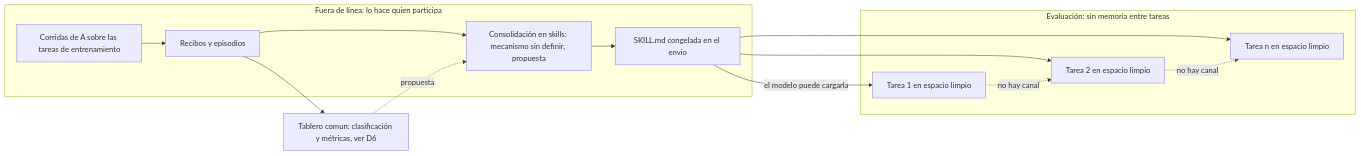
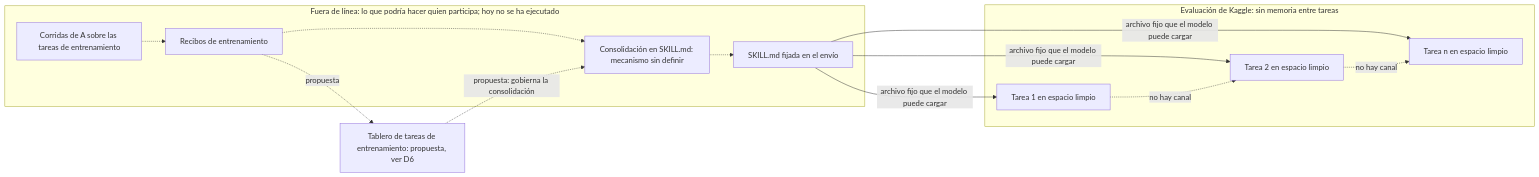
Before and after one commit to cherrera0001/Agents_Learning_Loops: the second of 6 diagrams in experiments/gemma_developer_agent/README.md, drawn with Mermaid. The commit also changed other lines of this file and 5 other files, not shown here.

````diff
--- a/experiments/gemma_developer_agent/README.md
+++ b/experiments/gemma_developer_agent/README.md
@@ -323,23 +383,23 @@
 ```mermaid
 flowchart LR
-    subgraph FL["Fuera de línea: lo hace quien participa"]
+    subgraph FL["Fuera de línea: lo que podría hacer quien participa; hoy no se ha ejecutado"]
         E1["Corridas de A sobre las tareas de entrenamiento"]
-        E2["Recibos y episodios"]
-        E3["Consolidación en skills: mecanismo sin definir, propuesta"]
-        E4["SKILL.md congelada en el envio"]
-        E1 --> E2 --> E3 --> E4
+        E2["Recibos de entrenamiento"]
+        E3["Consolidación en SKILL.md: mecanismo sin definir"]
+        E4["SKILL.md fijada en el envío"]
+        E1 -.-> E2 -.-> E3 -.-> E4
     end
-    subgraph EV["Evaluación: sin memoria entre tareas"]
+    TB2["Tablero de tareas de entrenamiento: propuesta, ver D6"]
+    subgraph EV["Evaluación de Kaggle: sin memoria entre tareas"]
         V1["Tarea 1 en espacio limpio"]
         V2["Tarea 2 en espacio limpio"]
         V3["Tarea n en espacio limpio"]
     end
-    TAB["Tablero comun: clasificación y métricas, ver D6"]
-    E4 -->|"el modelo puede cargarla"| V1
-    E4 --> V2
-    E4 --> V3
+    E2 -.->|"propuesta"| TB2
+    TB2 -.->|"propuesta: gobierna la consolidación"| E3
+    E4 -->|"archivo fijo que el modelo puede cargar"| V1
+    E4 -->|"archivo fijo que el modelo puede cargar"| V2
+    E4 -->|"archivo fijo que el modelo puede cargar"| V3
     V1 -.->|"no hay canal"| V2
     V2 -.->|"no hay canal"| V3
-    E2 --> TAB
-    TAB -.->|"propuesta"| E3
 ```
````
